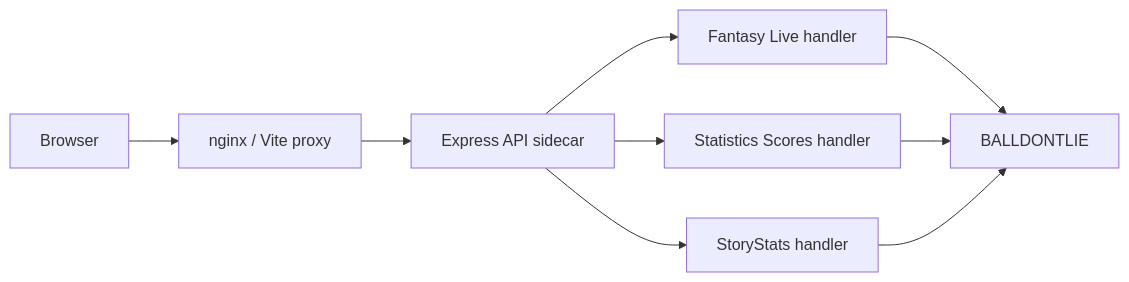
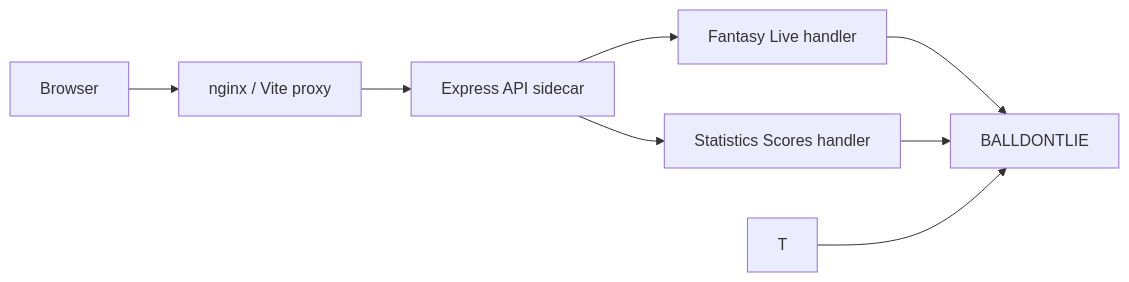
Before and after one commit to thejrudd/gridshift: the first of 3 diagrams in docs/Live Data Server Architecture.md, drawn with Mermaid. The commit also changed other lines of this file and 78 other files, not shown here.

````diff
--- a/docs/Live Data Server Architecture.md
+++ b/docs/Live Data Server Architecture.md
@@ -40,11 +39,10 @@
 ```mermaid
 flowchart LR
   B["Browser"] --> N["nginx / Vite proxy"]
   N --> A["Express API sidecar"]
   A --> L["Fantasy Live handler"]
   A --> S["Statistics Scores handler"]
-  A --> T["StoryStats handler"]
   L --> D["BALLDONTLIE"]
   S --> D
   T --> D
 ```
````
